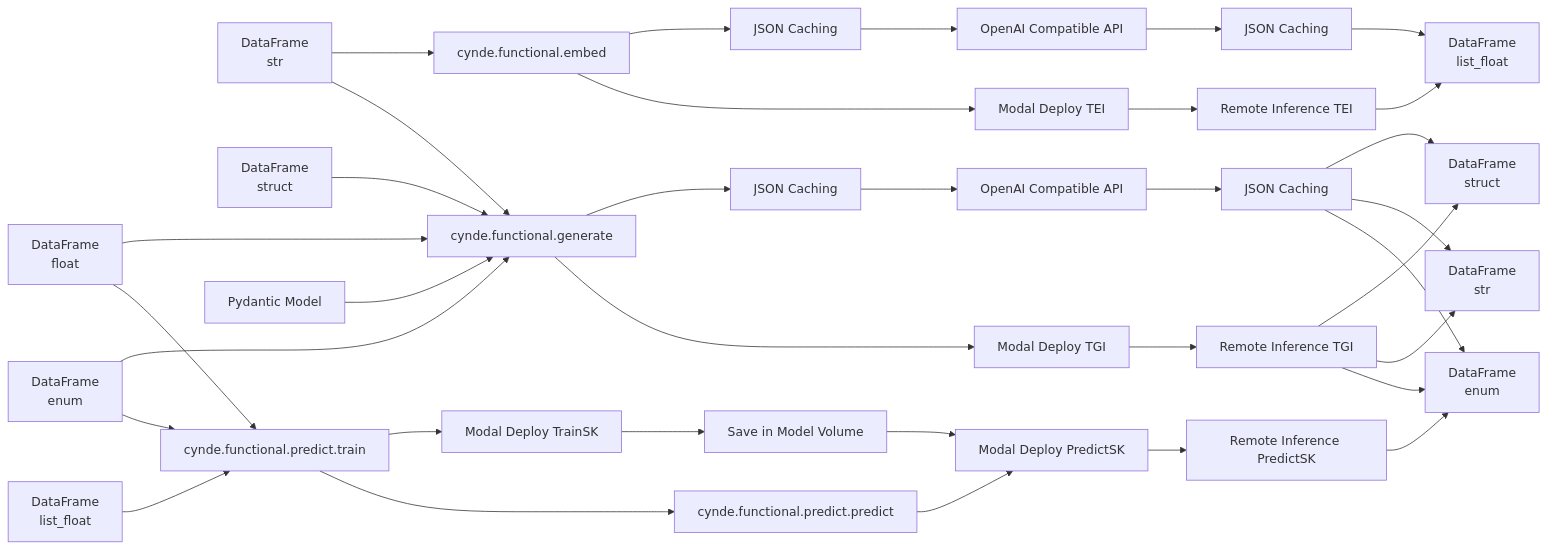
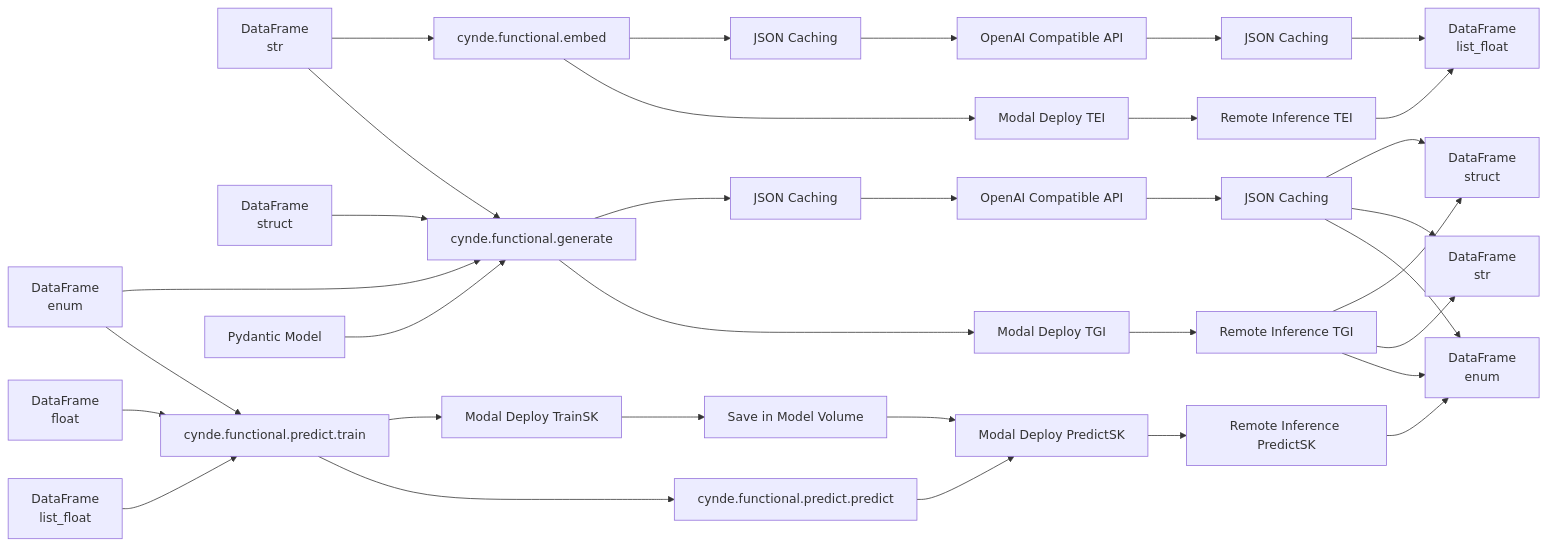
One commit to Neural-Dragon-AI/Cynde changed the second of 2 diagrams in README.md. Above: the diagram before and after it, drawn with Mermaid.

````diff
--- a/README.md
+++ b/README.md
@@ -53,41 +53,40 @@
 ```mermaid
 graph LR
     A[DataFrame<br>str] --> B[cynde.functional.embed]
     A --> C[cynde.functional.generate]
-    D[DataFrame<br>float] --> C
     E[DataFrame<br>enum] --> C
     T[DataFrame<br>struct] --> C
     E --> F[cynde.functional.predict.train]
-    D --> F
+    D[DataFrame<br>float] --> F
     G[DataFrame<br>list_float] --> F
 
     H[Pydantic Model] --> C
 
     B --> I[JSON Caching]
     B --> J[Modal Deploy TEI]
     I --> K[OpenAI Compatible API]
     J --> L[Remote Inference TEI]
     K --> M[JSON Caching]
     L --> N[DataFrame<br>list_float]
     M --> N
 
     C --> O[JSON Caching]
     C --> P[Modal Deploy TGI]
     O --> Q[OpenAI Compatible API]
     P --> R[Remote Inference TGI]
     Q --> S[JSON Caching]
     R --> T2[DataFrame<br>struct]
     R --> A2[DataFrame<br>str]
     R --> E2[DataFrame<br>enum]
     S --> T2
     S --> A2
     S --> E2
 
     F --> U[Modal Deploy TrainSK]
     U --> V[Save in Model Volume]
     V --> W[Modal Deploy PredictSK]
     F --> X[cynde.functional.predict.predict]
     W --> Z[Remote Inference PredictSK]
     X --> W
     Z --> E2
 ```
````
